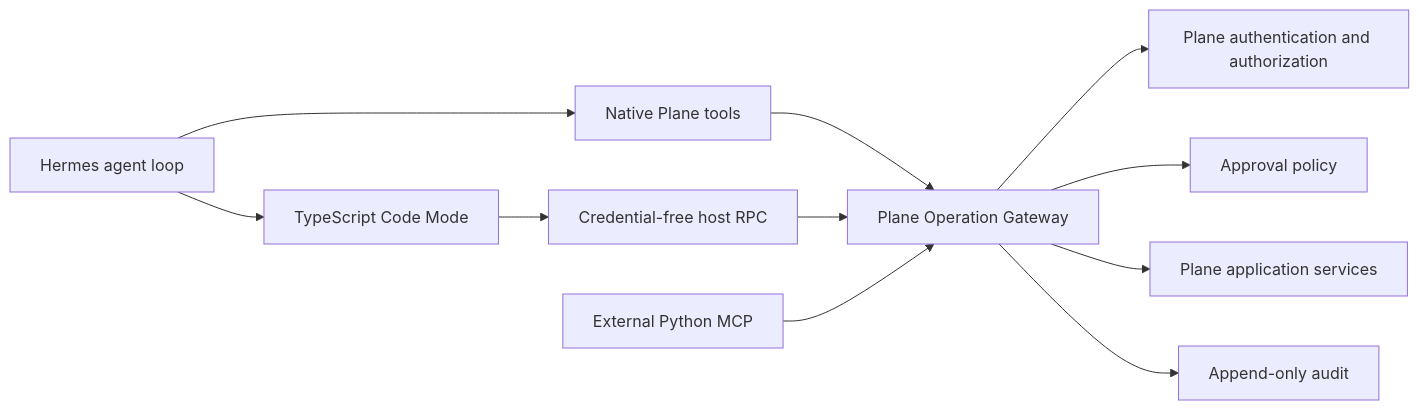
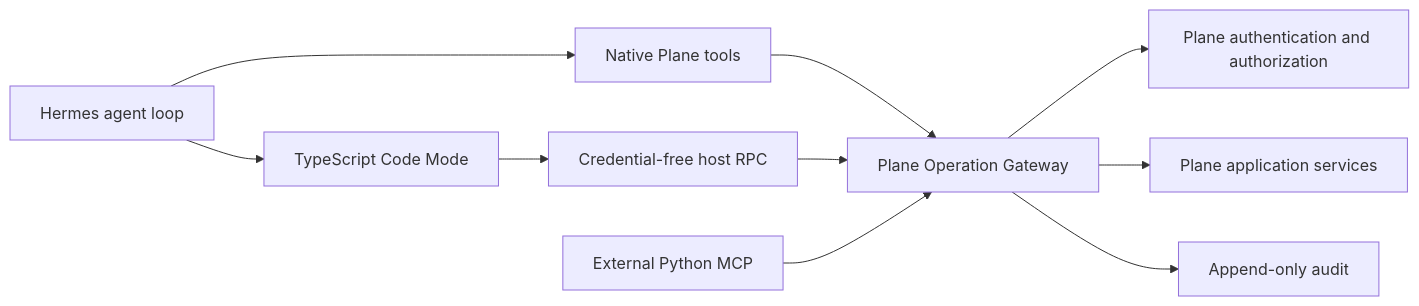
Before and after one commit to uxheavy/plane-runner: the diagram in docs/agent-tooling/architecture.md, drawn with Mermaid. The commit also changed other lines of this file and 19 other files, not shown here.

````diff
--- a/docs/agent-tooling/architecture.md
+++ b/docs/agent-tooling/architecture.md
@@ -5,13 +5,12 @@
 ```mermaid
 flowchart LR
     H["Hermes agent loop"] --> N["Native Plane tools"]
     H --> C["TypeScript Code Mode"]
     C --> R["Credential-free host RPC"]
     N --> G["Plane Operation Gateway"]
     R --> G
     E["External Python MCP"] --> G
     G --> A["Plane authentication and authorization"]
-    G --> P["Approval policy"]
     G --> S["Plane application services"]
     G --> U["Append-only audit"]
 ```
````
